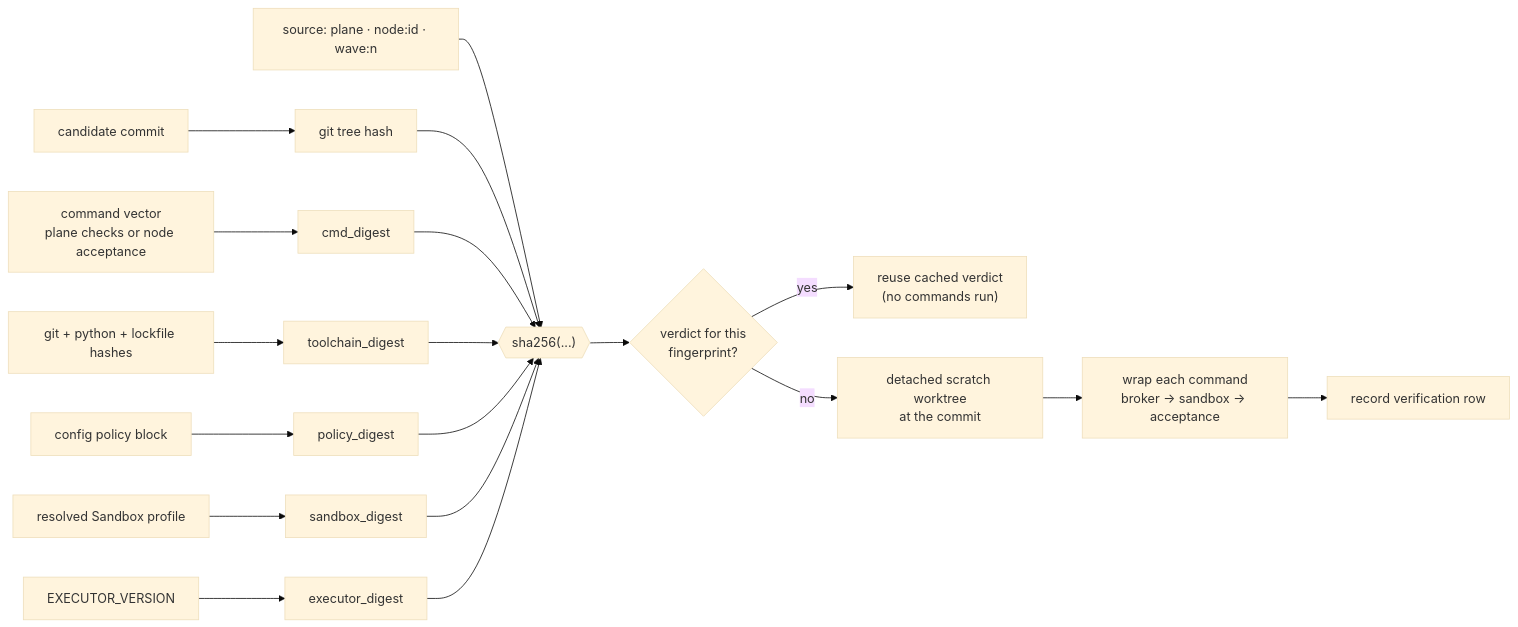
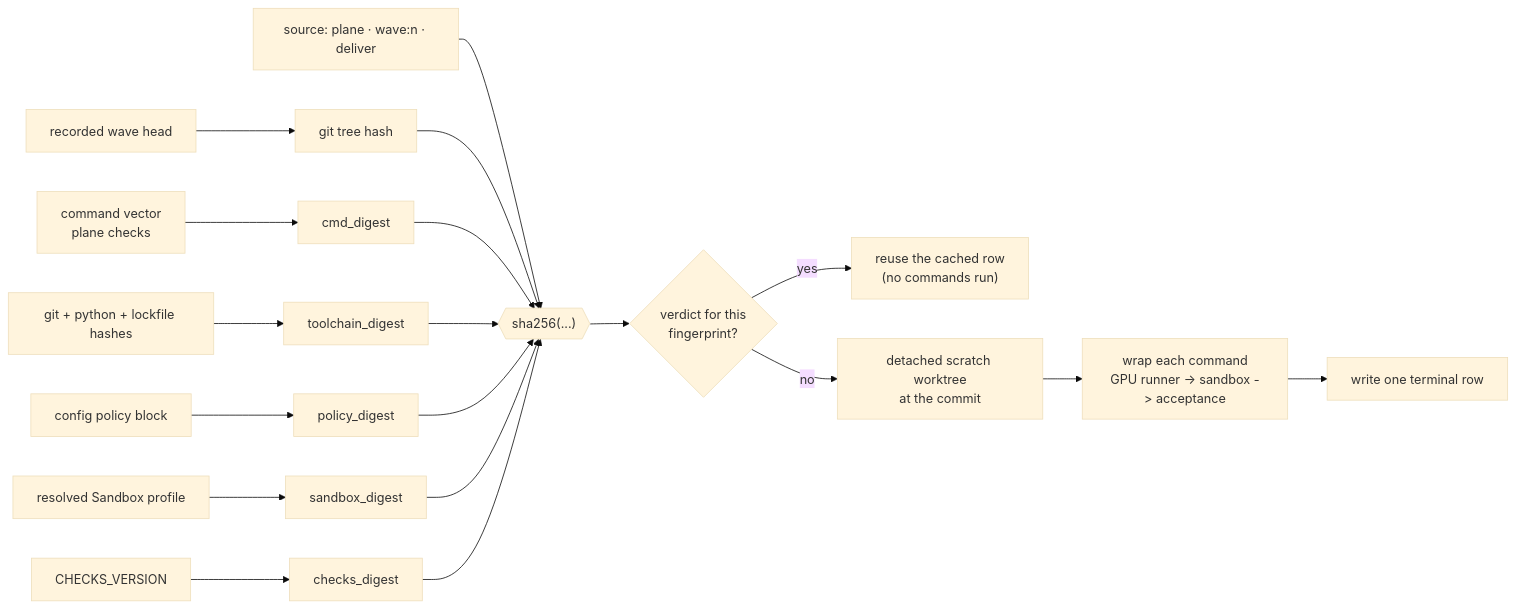
The sixth of 10 diagrams in docs/architecture.md (ming6ao/sliceme), drawn with Mermaid (base theme) before and after one commit. The commit also changed other lines of this file and 77 other files, not shown here.

````diff
--- a/docs/architecture.md
+++ b/docs/architecture.md
@@ -264,22 +272,22 @@
 ```mermaid
 flowchart LR
-  CAND["candidate commit"] --> TREE["git tree hash"]
-  CMDS["command vector<br/>plane checks or node acceptance"] --> CMDD["cmd_digest"]
+  HEAD["recorded wave head"] --> TREE["git tree hash"]
+  CMDS["command vector<br/>plane checks"] --> CMDD["cmd_digest"]
   TOOL["git + python + lockfile hashes"] --> TOOLD["toolchain_digest"]
   POL["config policy block"] --> POLD["policy_digest"]
   SBX["resolved Sandbox profile"] --> SBXD["sandbox_digest"]
-  EXV["EXECUTOR_VERSION"] --> EXD["executor_digest"]
-  SRC["source: plane · node:id · wave:n"] --> FP{{"sha256(...)"}}
+  CHV["CHECKS_VERSION"] --> CHD["checks_digest"]
+  SRC["source: plane · wave:n · deliver"] --> FP{{"sha256(...)"}}
 
   TREE --> FP
   CMDD --> FP
   TOOLD --> FP
   POLD --> FP
   SBXD --> FP
-  EXD --> FP
+  CHD --> FP
   FP --> LOOKUP{"verdict for this<br/>fingerprint?"}
-  LOOKUP -- "yes" --> REUSE["reuse cached verdict<br/>(no commands run)"]
+  LOOKUP -- "yes" --> REUSE["reuse the cached row<br/>(no commands run)"]
   LOOKUP -- "no" --> SCRATCH["detached scratch worktree<br/>at the commit"]
-  SCRATCH --> WRAP["wrap each command<br/>broker -> sandbox -> acceptance"]
-  WRAP --> RECORD["record verification row"]
+  SCRATCH --> WRAP["wrap each command<br/>GPU runner -> sandbox -> acceptance"]
+  WRAP --> RECORD["write one terminal row"]
 ```
````
